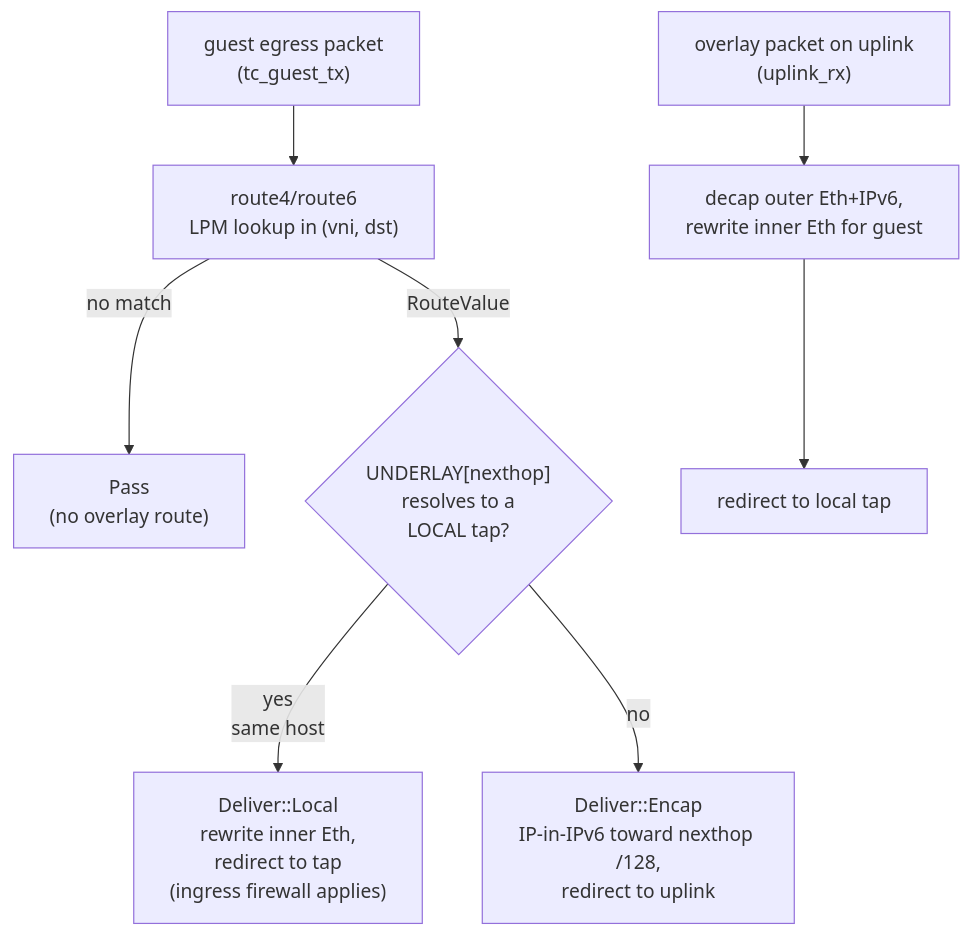
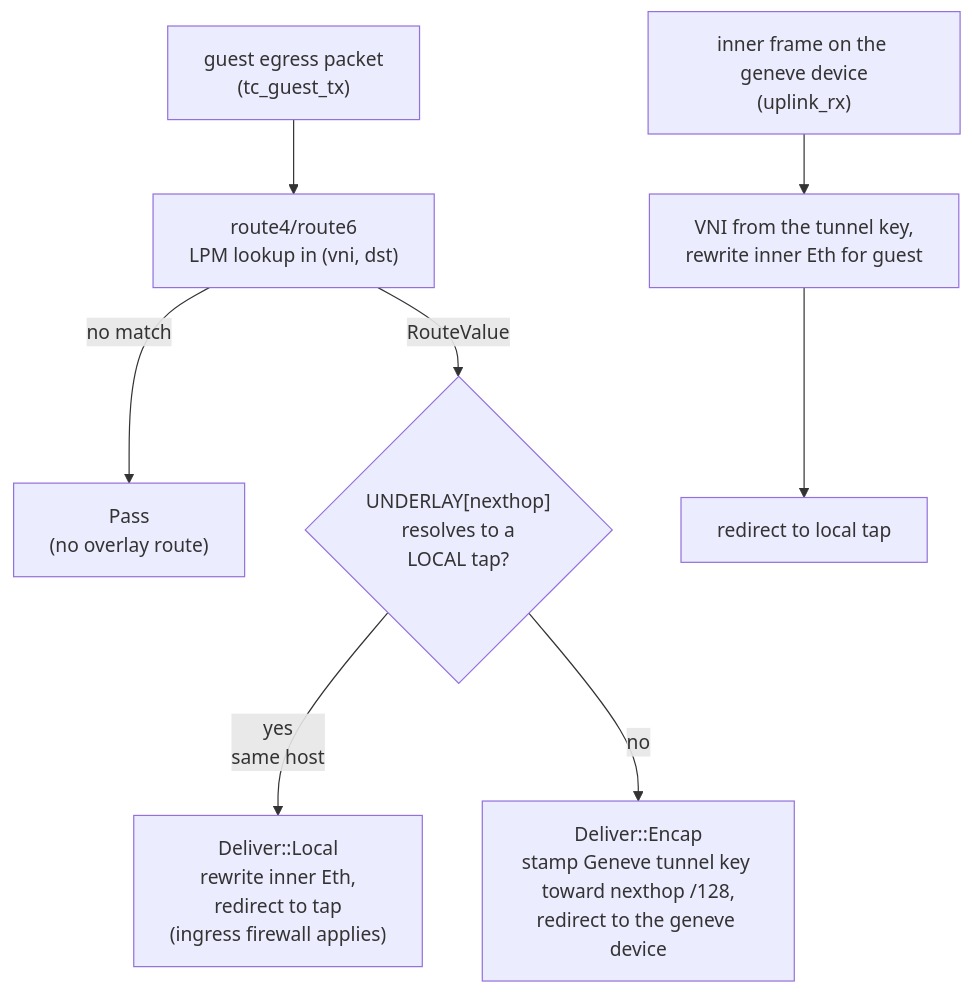
One commit to trevex/ectobase changed the diagram in docs/features/routing-vni.md. Above: the diagram before and after it, drawn with Mermaid. The commit also changed other lines of this file and 29 other files, not shown here.

````diff
--- a/docs/features/routing-vni.md
+++ b/docs/features/routing-vni.md
@@ -52,11 +52,11 @@
 ```mermaid
 flowchart TD
     tx["guest egress packet<br/>(tc_guest_tx)"] --> lookup["route4/route6<br/>LPM lookup in (vni, dst)"]
     lookup -->|no match| pass["Pass<br/>(no overlay route)"]
     lookup -->|RouteValue| deliver{"UNDERLAY[nexthop]<br/>resolves to a<br/>LOCAL tap?"}
     deliver -->|yes<br/>same host| local["Deliver::Local<br/>rewrite inner Eth,<br/>redirect to tap<br/>(ingress firewall applies)"]
-    deliver -->|no| encap["Deliver::Encap<br/>IP-in-IPv6 toward nexthop /128,<br/>redirect to uplink"]
+    deliver -->|no| encap["Deliver::Encap<br/>stamp Geneve tunnel key toward nexthop /128,<br/>redirect to the geneve device"]
 
-    rx["overlay packet on uplink<br/>(uplink_rx)"] --> decap["decap outer Eth+IPv6,<br/>rewrite inner Eth for guest"]
+    rx["inner frame on the geneve device<br/>(uplink_rx)"] --> decap["VNI from the tunnel key,<br/>rewrite inner Eth for guest"]
     decap --> redirect["redirect to local tap"]
 ```
````
